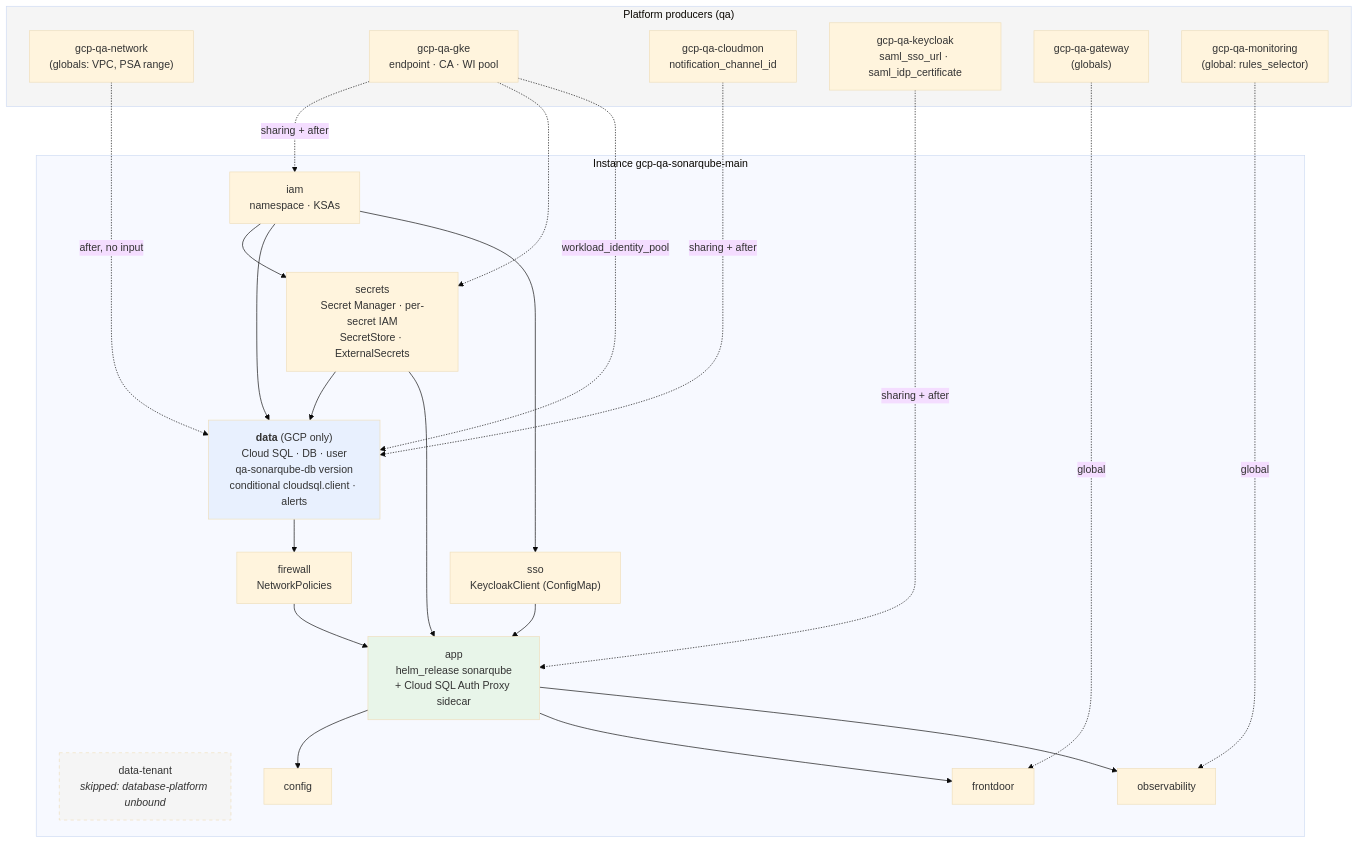
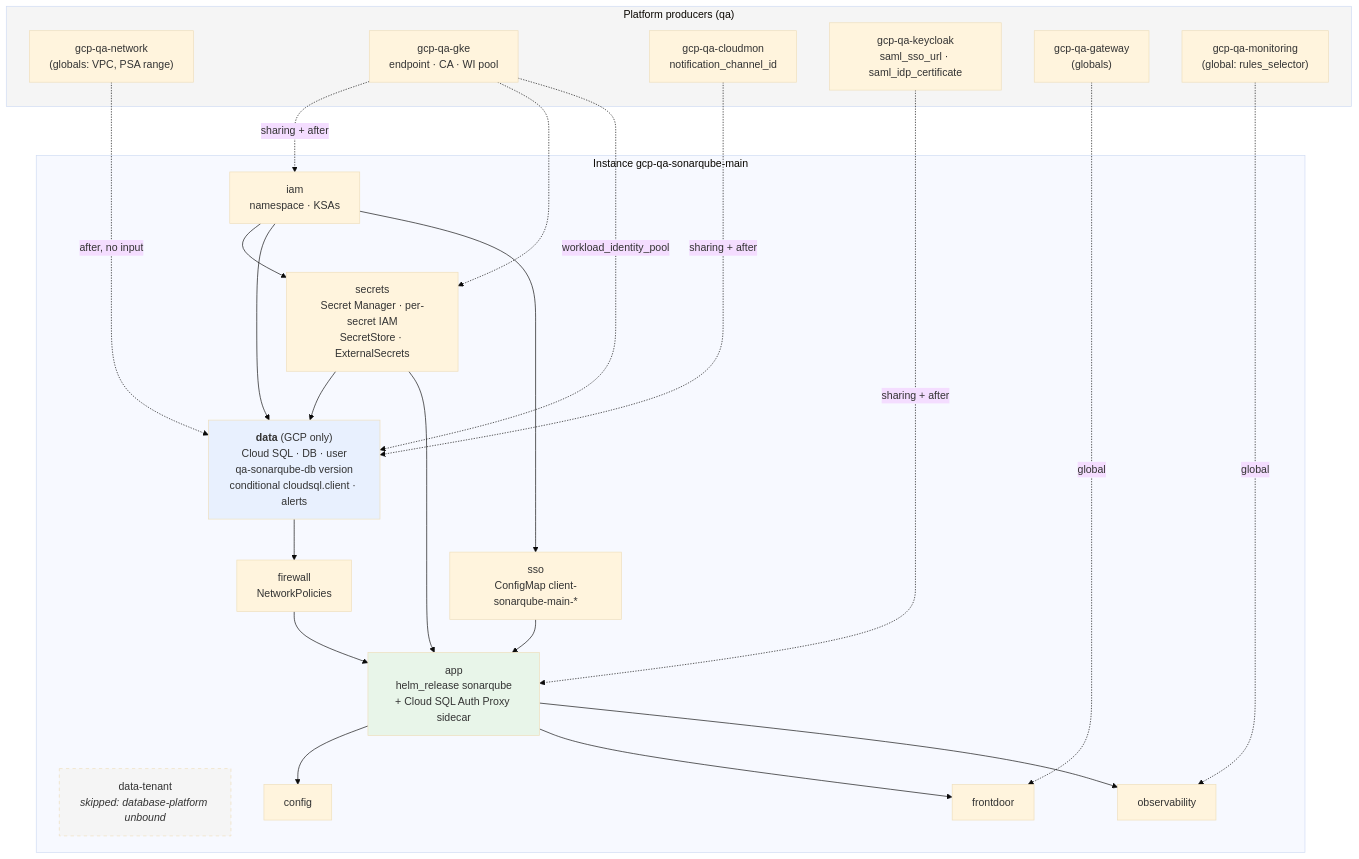
Before and after one commit to aescanero/proposal_documents: the diagram in docs/en/proposals/sonarqube-qa-cloudsql/diagrams/03-stacks-arquetipo.mmd, drawn with Mermaid (base theme). The commit also changed 15 other files, not shown here.

```diff
--- a/docs/en/proposals/sonarqube-qa-cloudsql/diagrams/03-stacks-arquetipo.mmd
+++ b/docs/en/proposals/sonarqube-qa-cloudsql/diagrams/03-stacks-arquetipo.mmd
@@ -1,44 +1,44 @@
 flowchart TB
     subgraph PLAT["Platform producers (qa)"]
         NET["gcp-qa-network<br/>(globals: VPC, PSA range)"]
         GKE["gcp-qa-gke<br/>endpoint · CA · WI pool"]
         CMON["gcp-qa-cloudmon<br/>notification_channel_id"]
         KC["gcp-qa-keycloak<br/>saml_sso_url · saml_idp_certificate"]
         GW["gcp-qa-gateway<br/>(globals)"]
         MON["gcp-qa-monitoring<br/>(global: rules_selector)"]
     end
 
     subgraph INST["Instance gcp-qa-sonarqube-main"]
         IAM["iam<br/>namespace · KSAs"]
         SEC["secrets<br/>Secret Manager · per-secret IAM<br/>SecretStore · ExternalSecrets"]
         DATA["<b>data</b> (GCP only)<br/>Cloud SQL · DB · user<br/>qa-sonarqube-db version<br/>conditional cloudsql.client · alerts"]
         SKIP["data-tenant<br/><i>skipped: database-platform unbound</i>"]
         FW["firewall<br/>NetworkPolicies"]
-        SSO["sso<br/>KeycloakClient (ConfigMap)"]
+        SSO["sso<br/>ConfigMap client-sonarqube-main-*"]
         APP["app<br/>helm_release sonarqube<br/>+ Cloud SQL Auth Proxy sidecar"]
         CFG["config"]
         FD["frontdoor"]
         OBS["observability"]
     end
 
     IAM --> SEC --> DATA --> FW --> APP
     IAM --> DATA
     IAM --> SSO --> APP
     SEC --> APP
     APP --> CFG
     APP --> FD
     APP --> OBS
 
     NET -. "after, no input" .-> DATA
     GKE -. "sharing + after" .-> IAM
     GKE -.-> SEC
     GKE -. "workload_identity_pool" .-> DATA
     CMON -. "sharing + after" .-> DATA
     KC -. "sharing + after" .-> APP
     GW -. "global" .-> FD
     MON -. "global" .-> OBS
 
     style SKIP fill:#f5f5f5,stroke-dasharray: 5 5
     style DATA fill:#e8f0fe
     style APP fill:#e8f5e9
     style PLAT fill:#f5f5f5
```
